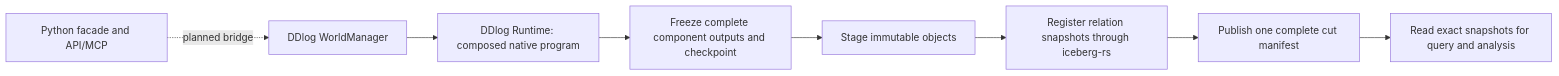
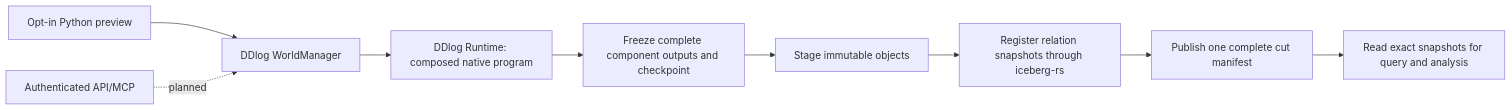
The diagram in docs/guide/ddlog-runtime.md (VangelisTech/archetype), drawn with Mermaid before and after one commit. The commit also changed other lines of this file and 20 other files, not shown here.

Commit message:
feat: add isolated Python binding for hosted DDlog cuts

````diff
--- a/docs/guide/ddlog-runtime.md
+++ b/docs/guide/ddlog-runtime.md
@@ -27,10 +27,11 @@
 ```mermaid
 flowchart LR
-    P[Python facade and API/MCP] -. planned bridge .-> W[DDlog WorldManager]
+    P[Opt-in Python preview] --> W[DDlog WorldManager]
+    T[Authenticated API/MCP] -. planned .-> W
     W --> D[DDlog Runtime: composed native program]
     D --> F[Freeze complete component outputs and checkpoint]
     F --> O[Stage immutable objects]
     O --> I[Register relation snapshots through iceberg-rs]
     I --> C[Publish one complete cut manifest]
     C --> Q[Read exact snapshots for query and analysis]
 ```
````
